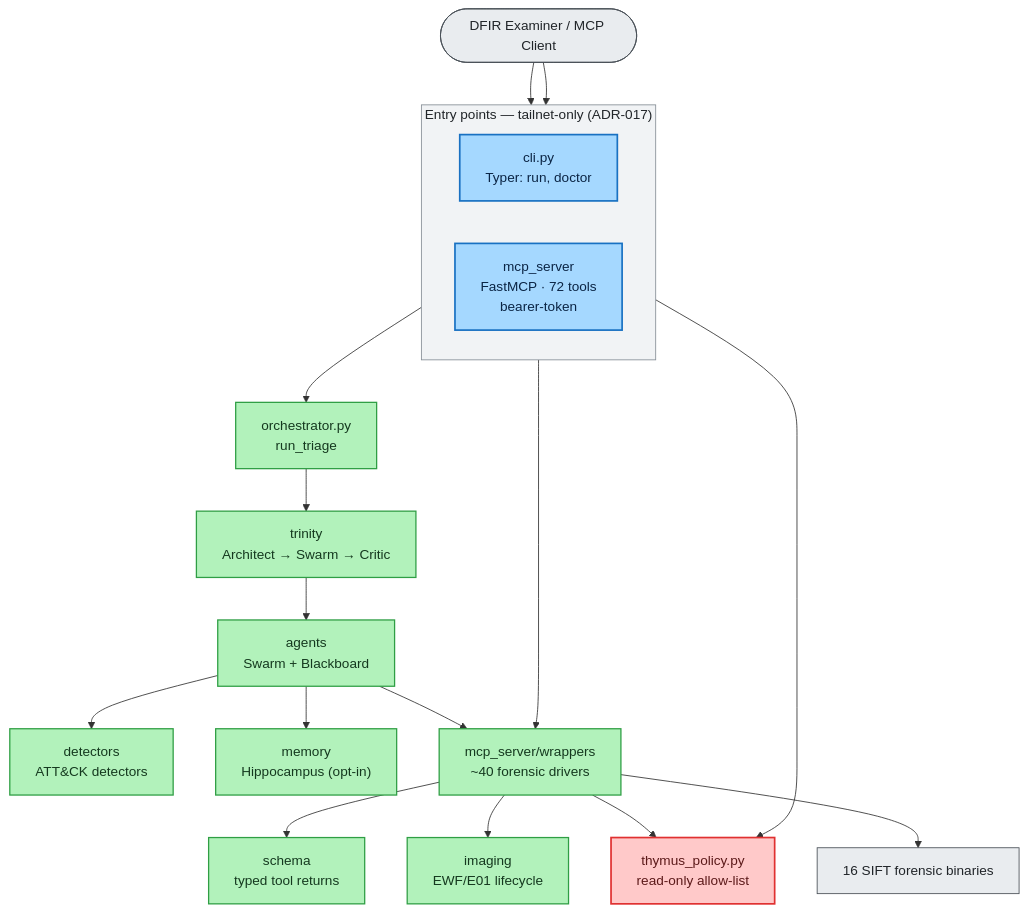
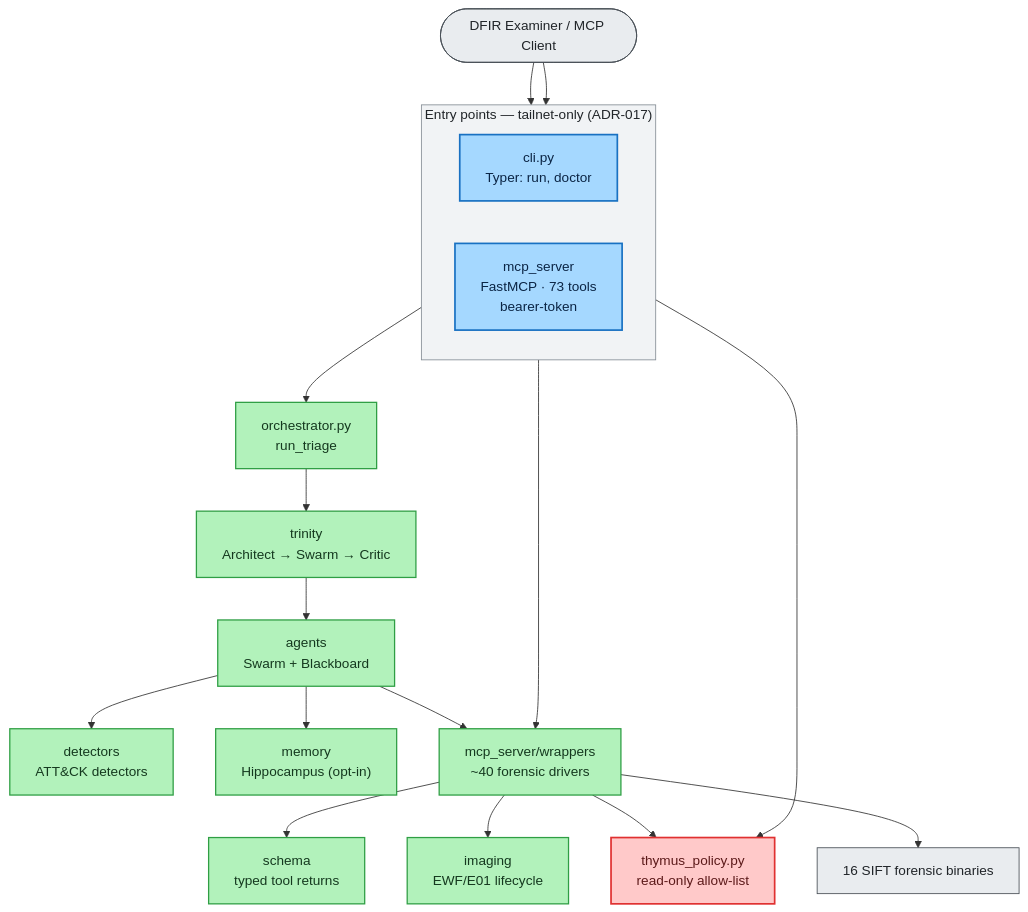
One commit to galvangabriel-web/agentropix-mcp changed the first of 3 diagrams in docs/02-architecture/component-architecture.md. Above: the diagram before and after it, drawn with Mermaid. The commit also changed other lines of this file and 80 other files, not shown here.

````diff
--- a/docs/02-architecture/component-architecture.md
+++ b/docs/02-architecture/component-architecture.md
@@ -64,38 +64,38 @@
 ```mermaid
 flowchart TB
     classDef ext fill:#e9ecef,stroke:#495057,color:#212529,stroke-width:1px
     classDef api fill:#a5d8ff,stroke:#1971c2,color:#0b2545,stroke-width:2px
     classDef core fill:#b2f2bb,stroke:#2f9e44,color:#15391f,stroke-width:1.5px
     classDef gov fill:#ffc9c9,stroke:#e03131,color:#5c1a1a,stroke-width:2px
 
     Analyst([DFIR Examiner / MCP Client]):::ext
     subgraph Entry["Entry points — tailnet-only (ADR-017)"]
         direction LR
         CLI["cli.py<br/>Typer: run, doctor"]:::api
-        MCP["mcp_server<br/>FastMCP · 72 tools<br/>bearer-token"]:::api
+        MCP["mcp_server<br/>FastMCP · 73 tools<br/>bearer-token"]:::api
     end
     Orch["orchestrator.py<br/>run_triage"]:::core
     Trinity["trinity<br/>Architect → Swarm → Critic"]:::core
     Agents["agents<br/>Swarm + Blackboard"]:::core
     Detect["detectors<br/>ATT&CK detectors"]:::core
     Memory["memory<br/>Hippocampus (opt-in)"]:::core
     Wrap["mcp_server/wrappers<br/>~40 forensic drivers"]:::core
     Schema["schema<br/>typed tool returns"]:::core
     Imaging["imaging<br/>EWF/E01 lifecycle"]:::core
     Thymus["thymus_policy.py<br/>read-only allow-list"]:::gov
     SIFT["16 SIFT forensic binaries"]:::ext
 
     Analyst --> CLI --> Orch
     Analyst --> MCP
     Orch --> Trinity --> Agents
     Agents --> Detect
     Agents --> Memory
     Agents --> Wrap
     MCP --> Wrap
     Wrap --> Schema
     Wrap --> Imaging
     Wrap --> Thymus
     MCP --> Thymus
     Wrap --> SIFT
     style Entry fill:#f1f3f5,stroke:#868e96,color:#212529
 ```
````
